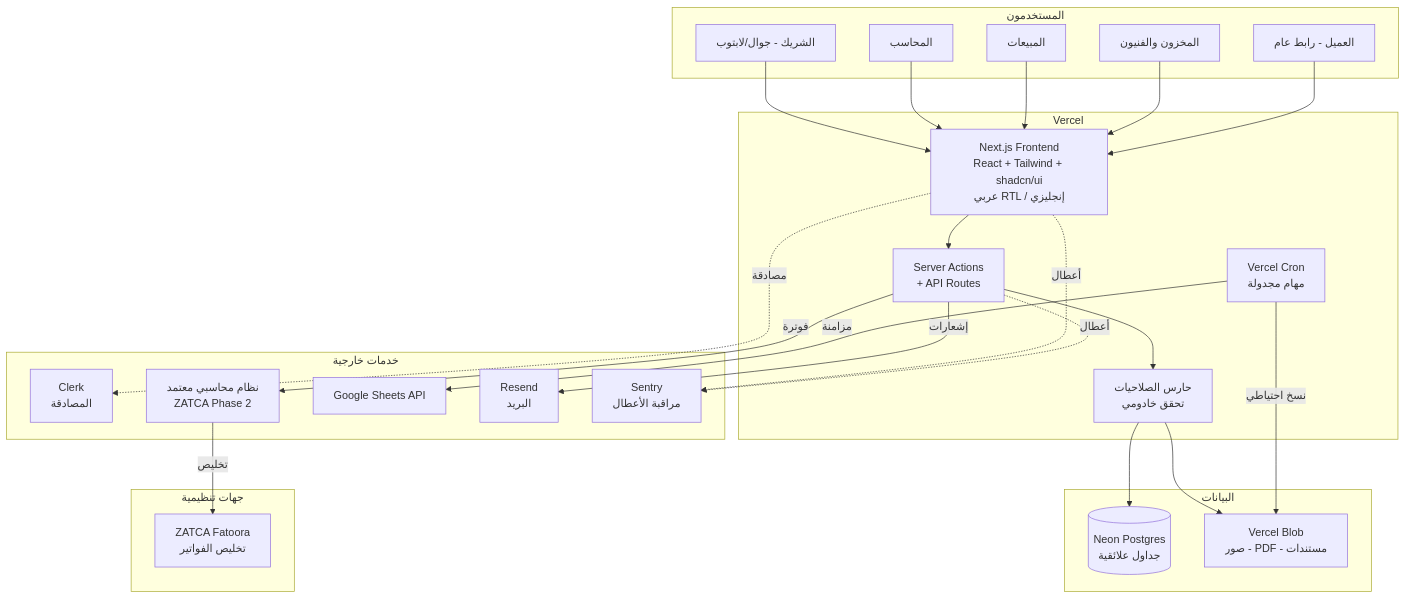
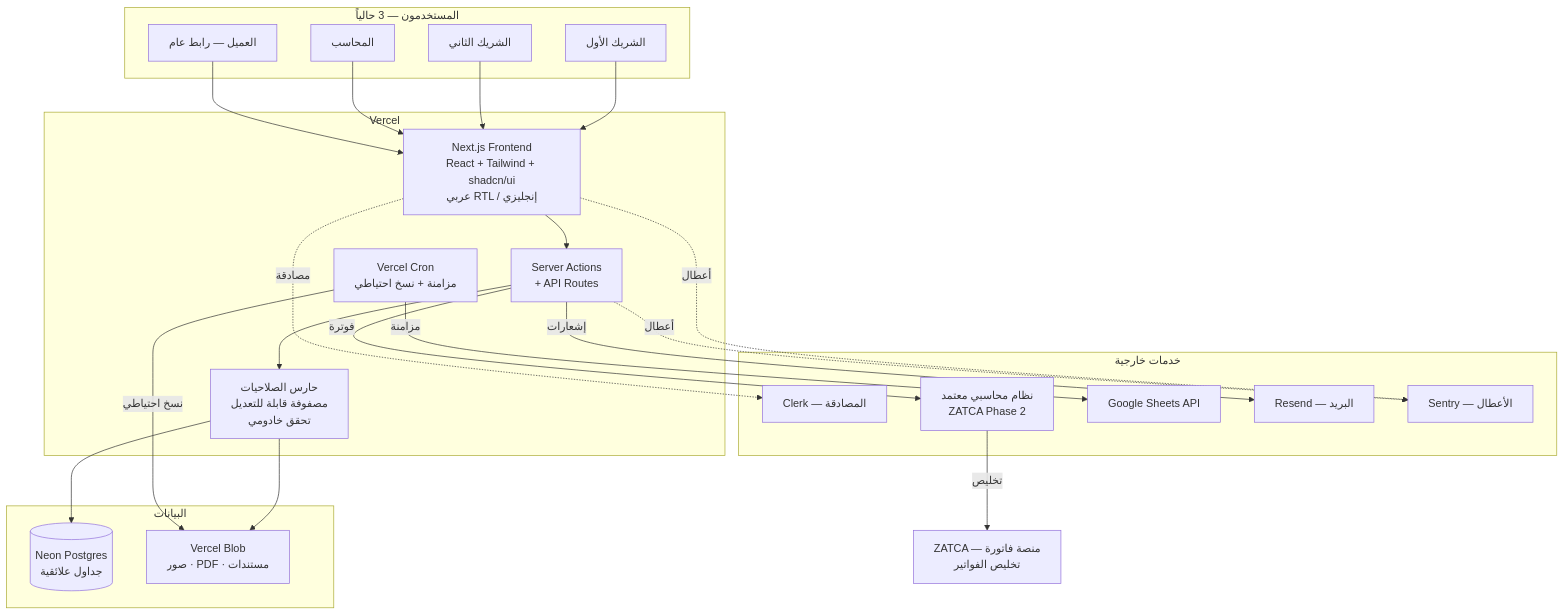
The diagram in docs/ERP-Blueprint-AR.md (tha3ir/Hello-World), drawn with Mermaid before and after one commit. The commit also changed other lines of this file, not shown here.

````diff
--- a/docs/ERP-Blueprint-AR.md
+++ b/docs/ERP-Blueprint-AR.md
@@ -510,48 +590,43 @@
 ```mermaid
 graph TB
-    subgraph "المستخدمون"
-        A1[الشريك - جوال/لابتوب]
-        A2[المحاسب]
-        A3[المبيعات]
-        A4[المخزون والفنيون]
-        A5[العميل - رابط عام]
+    subgraph "المستخدمون — 3 حالياً"
+        A1[الشريك الأول]
+        A2[الشريك الثاني]
+        A3[المحاسب]
+        A4[العميل — رابط عام]
     end
 
     subgraph "Vercel"
         B1[Next.js Frontend<br/>React + Tailwind + shadcn/ui<br/>عربي RTL / إنجليزي]
         B2[Server Actions<br/>+ API Routes]
-        B3[حارس الصلاحيات<br/>تحقق خادومي]
-        B4[Vercel Cron<br/>مهام مجدولة]
+        B3[حارس الصلاحيات<br/>مصفوفة قابلة للتعديل<br/>تحقق خادومي]
+        B4[Vercel Cron<br/>مزامنة + نسخ احتياطي]
     end
 
     subgraph "البيانات"
         C1[(Neon Postgres<br/>جداول علائقية)]
-        C2[Vercel Blob<br/>صور - PDF - مستندات]
+        C2[Vercel Blob<br/>صور · PDF · مستندات]
     end
 
     subgraph "خدمات خارجية"
-        D1[Clerk<br/>المصادقة]
+        D1[Clerk — المصادقة]
         D2[نظام محاسبي معتمد<br/>ZATCA Phase 2]
         D3[Google Sheets API]
-        D4[Resend<br/>البريد]
-        D5[Sentry<br/>مراقبة الأعطال]
+        D4[Resend — البريد]
+        D5[Sentry — الأعطال]
     end
 
-    subgraph "جهات تنظيمية"
-        E1[ZATCA Fatoora<br/>تخليص الفواتير]
-    end
+    E1[ZATCA — منصة فاتورة<br/>تخليص الفواتير]
 
-    A1 & A2 & A3 & A4 --> B1
-    A5 --> B1
-    B1 --> B2
-    B2 --> B3
+    A1 & A2 & A3 --> B1
+    A4 --> B1
+    B1 --> B2 --> B3
     B3 --> C1
     B3 --> C2
     B1 -.مصادقة.-> D1
-    B2 --فوترة--> D2
-    D2 --تخليص--> E1
+    B2 --فوترة--> D2 --تخليص--> E1
     B4 --مزامنة--> D3
     B4 --نسخ احتياطي--> C2
     B2 --إشعارات--> D4
     B1 & B2 -.أعطال.-> D5
 ```
````
